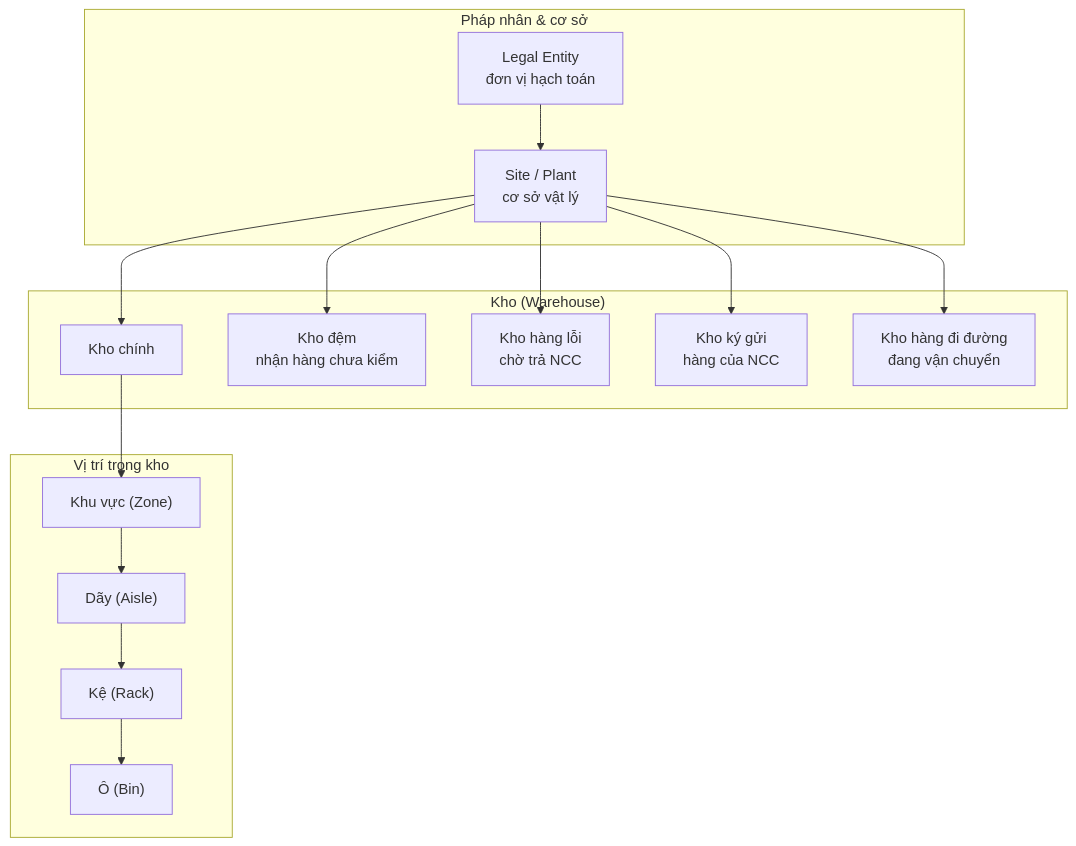
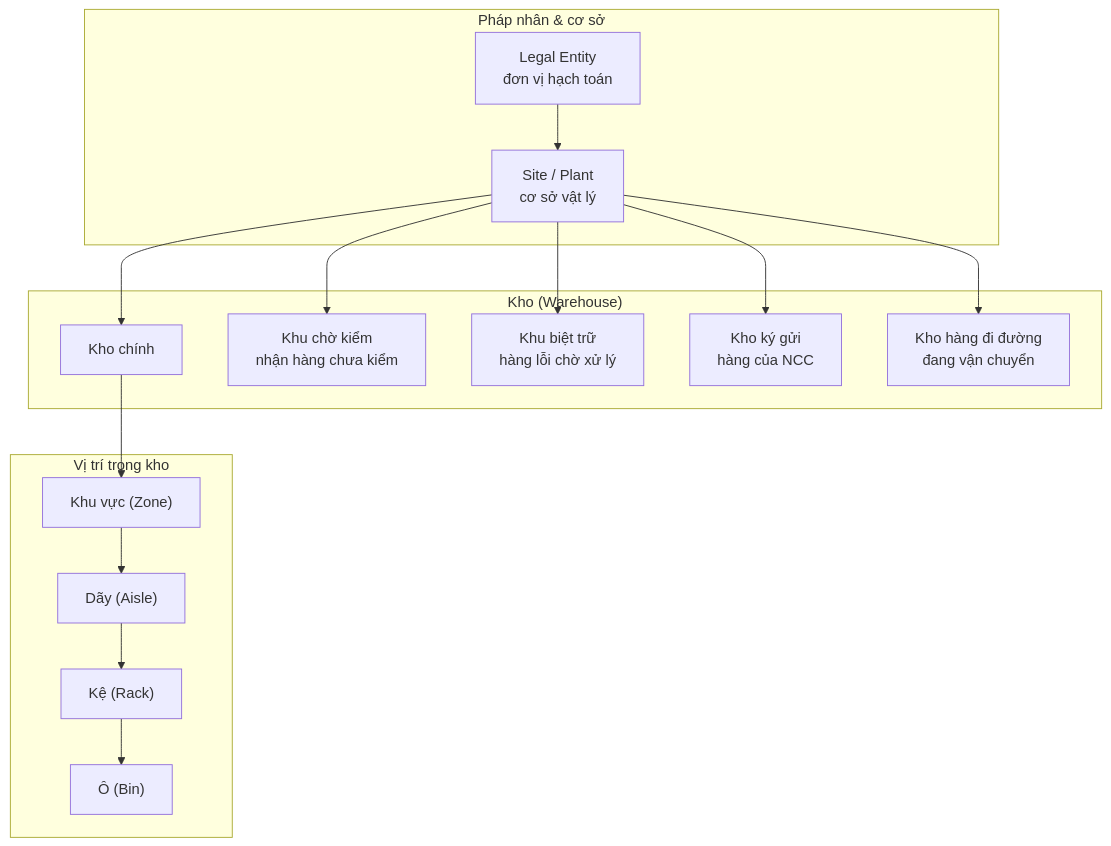
Before and after one commit to thanvanhai/thanvanhai.github.io: the diagram in docs/erp-nghiep-vu/1-kho/1000-cau-truc-kho-va-vi-tri.md, drawn with Mermaid. The commit also changed other lines of this file and 12 other files, not shown here.

````diff
--- a/docs/erp-nghiep-vu/1-kho/1000-cau-truc-kho-va-vi-tri.md
+++ b/docs/erp-nghiep-vu/1-kho/1000-cau-truc-kho-va-vi-tri.md
@@ -32,29 +32,29 @@
 ```mermaid
 flowchart TB
     subgraph OWN["Pháp nhân & cơ sở"]
         LE["Legal Entity<br/>đơn vị hạch toán"]
         SITE["Site / Plant<br/>cơ sở vật lý"]
     end
 
     subgraph WH["Kho (Warehouse)"]
         W1["Kho chính"]
-        W2["Kho đệm<br/>nhận hàng chưa kiểm"]
-        W3["Kho hàng lỗi<br/>chờ trả NCC"]
+        W2["Khu chờ kiểm<br/>nhận hàng chưa kiểm"]
+        W3["Khu biệt trữ<br/>hàng lỗi chờ xử lý"]
         W4["Kho ký gửi<br/>hàng của NCC"]
         W5["Kho hàng đi đường<br/>đang vận chuyển"]
     end
 
     subgraph LOC["Vị trí trong kho"]
         ZONE["Khu vực (Zone)"]
         AISLE["Dãy (Aisle)"]
         RACK["Kệ (Rack)"]
         BIN["Ô (Bin)"]
     end
 
     LE --> SITE --> W1
     SITE --> W2
     SITE --> W3
     SITE --> W4
     SITE --> W5
     W1 --> ZONE --> AISLE --> RACK --> BIN
 ```
````
